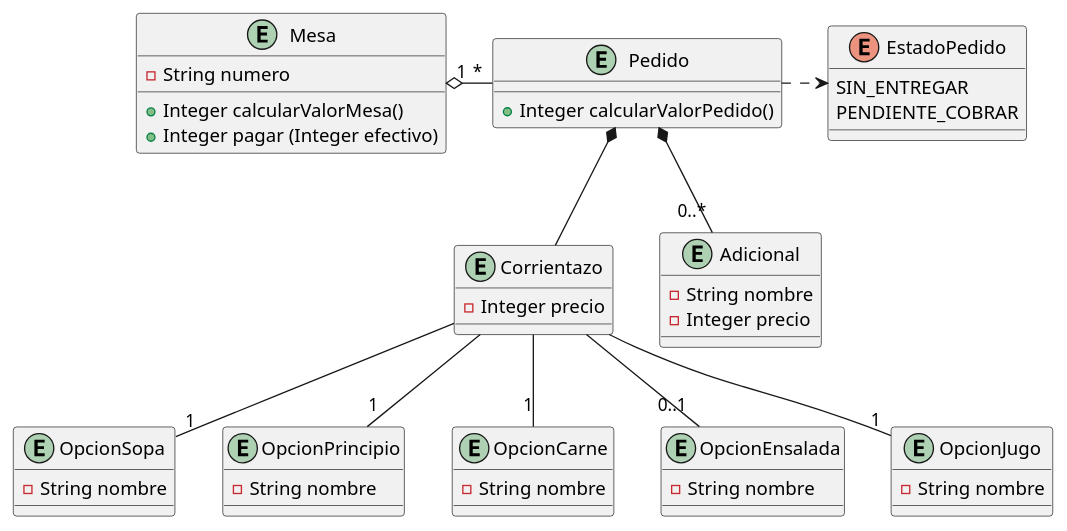
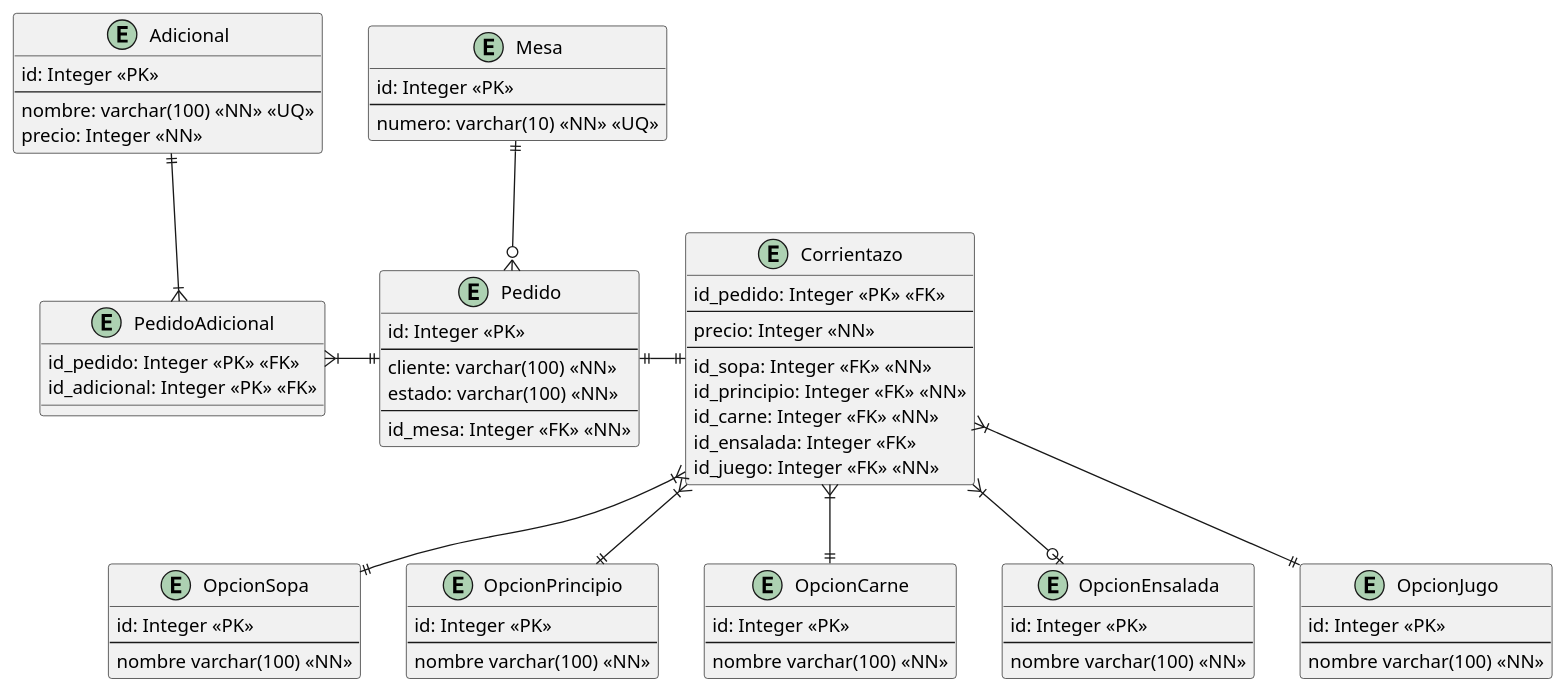
The diagram in doc/diagrama_relacional.puml (lauragb0716/ProyectoGestionPedidosRestaurante), drawn with PlantUML before and after one commit.

Commit message:
Diagrama relacional

```diff
--- a/doc/diagrama_relacional.puml
+++ b/doc/diagrama_relacional.puml
@@ -1,51 +1,80 @@
 @startuml "Diagrama Relacional"
 
-Entity Corrientazo{
-    - Integer precio
+Entity Mesa{
+    id: Integer <<PK>>
+    --
+    numero: varchar(10) <<NN>> <<UQ>>
 }
 
 Entity Pedido {
-    + Integer calcularValorPedido()
+    id: Integer <<PK>>
+    --
+    cliente: varchar(100) <<NN>>
+    estado: varchar(100) <<NN>>
+    --
+    id_mesa: Integer <<FK>> <<NN>>
 }
+
+Entity Adicional{
+    id: Integer <<PK>> 
+    --
+    nombre: varchar(100) <<NN>> <<UQ>>
+    precio: Integer <<NN>>
+}
+
+Entity PedidoAdicional{
+    id_pedido: Integer <<PK>> <<FK>>
+    id_adicional: Integer <<PK>> <<FK>>
+}
+
+Entity Corrientazo{
+    id_pedido: Integer <<PK>> <<FK>>
+    --
+    precio: Integer <<NN>>
+    --
+    id_sopa: Integer <<FK>> <<NN>>
+    id_principio: Integer <<FK>> <<NN>>
+    id_carne: Integer <<FK>> <<NN>>
+    id_ensalada: Integer <<FK>>
+    id_juego: Integer <<FK>> <<NN>>
+}
+
 Entity OpcionSopa{
-    - String nombre
+    id: Integer <<PK>>
+    --
+    nombre varchar(100) <<NN>>
 }
 Entity OpcionPrincipio{
-    - String nombre
+    id: Integer <<PK>>
+    --
+    nombre varchar(100) <<NN>>
 }
 Entity OpcionCarne{
-    - String nombre
+    id: Integer <<PK>>
+    --
+    nombre varchar(100) <<NN>>
 }
 Entity OpcionEnsalada{
-    - String nombre
+    id: Integer <<PK>>
+    --
+    nombre varchar(100) <<NN>>
 }
 Entity OpcionJugo{
-    - String nombre
-}
-Entity Adicional{
-    - String nombre
-    - Integer precio
+    id: Integer <<PK>>
+    --
+    nombre varchar(100) <<NN>>
 }
 
-Entity Mesa{
-    - String numero
-    + Integer calcularValorMesa()
-    + Integer pagar (Integer efectivo)
-}
-enum EstadoPedido{
-    SIN_ENTREGAR
-    PENDIENTE_COBRAR
-}
+Mesa ||--o{Pedido
+Pedido ||-left-|{PedidoAdicional
+Adicional ||--|{PedidoAdicional
 
+Pedido ||-right-|| Corrientazo
 
-Mesa "1" o-right- "*" Pedido
-Corrientazo -- "1" OpcionSopa
-Corrientazo -- "1" OpcionPrincipio
-Corrientazo -- "1" OpcionCarne
-Corrientazo -- "0..1" OpcionEnsalada
-Corrientazo -- "1" OpcionJugo
-Pedido *-- "0..*" Adicional
-Pedido *-- Corrientazo
-Pedido .right.> EstadoPedido
+Corrientazo }|--|| OpcionSopa
+Corrientazo }|--|| OpcionPrincipio
+Corrientazo }|--|| OpcionCarne
+Corrientazo }|--o| OpcionEnsalada
+Corrientazo }|--|| OpcionJugo
 
 @enduml
```
